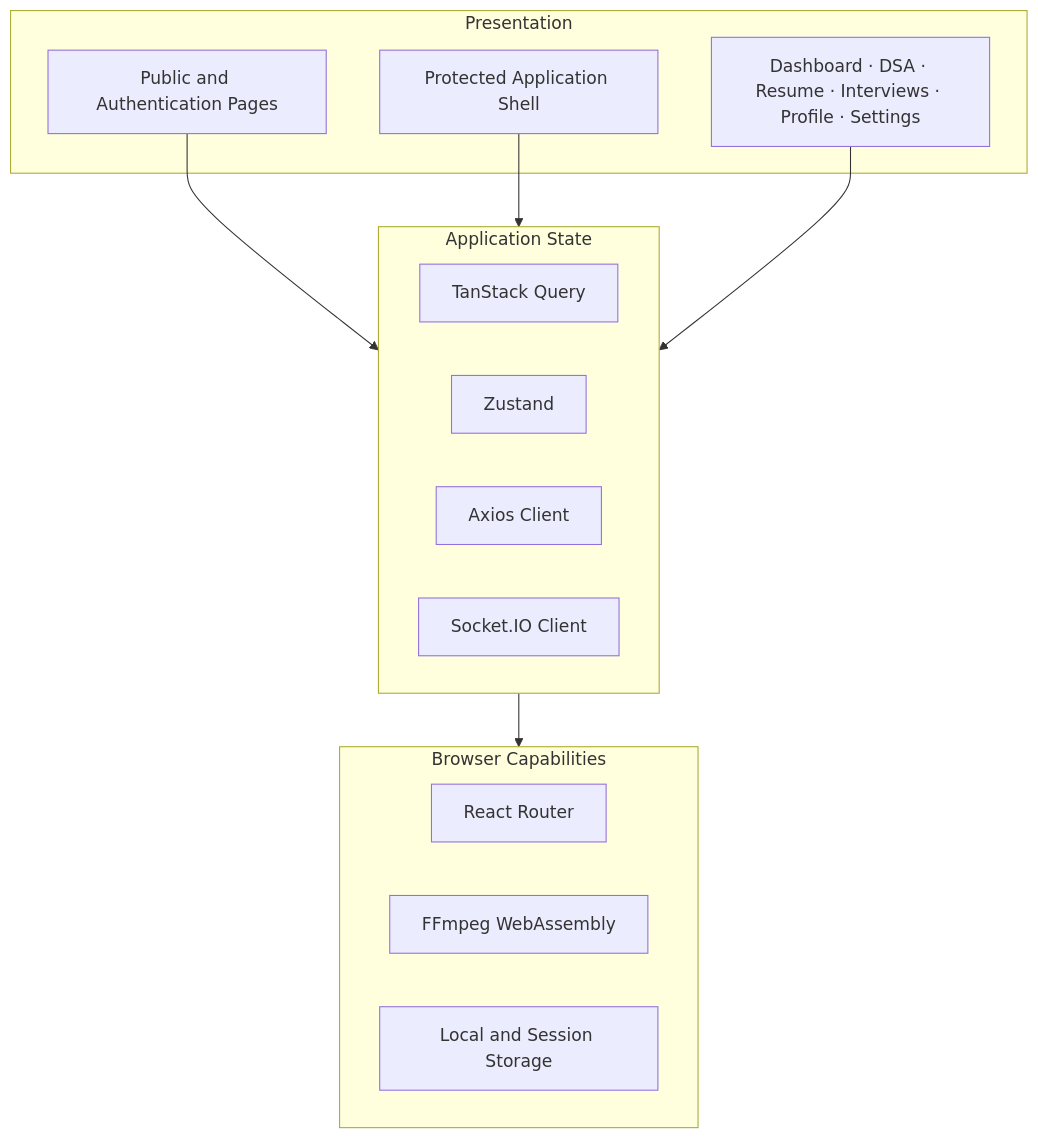
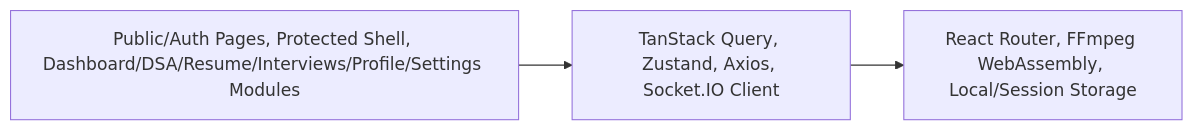
The fifth of 13 diagrams in README.md (aryancodes12-bit/PlacementOS), drawn with Mermaid before and after one commit. The commit also changed other lines of this file, not shown here.

````diff
--- a/README.md
+++ b/README.md
@@ -288,26 +165,5 @@
 ```mermaid
-flowchart TB
-    subgraph PRESENTATION["Presentation"]
-        PUBLIC["Public and Authentication Pages"]
-        SHELL["Protected Application Shell"]
-        MODULES["Dashboard · DSA · Resume · Interviews · Profile · Settings"]
-    end
-
-    subgraph APPLICATION["Application State"]
-        QUERY["TanStack Query"]
-        STORE["Zustand"]
-        API["Axios Client"]
-        SOCKET["Socket.IO Client"]
-    end
-
-    subgraph PLATFORM["Browser Capabilities"]
-        ROUTER["React Router"]
-        MEDIA["FFmpeg WebAssembly"]
-        STORAGE["Local and Session Storage"]
-    end
-
-    PUBLIC --> APPLICATION
-    SHELL --> APPLICATION
-    MODULES --> APPLICATION
-    APPLICATION --> PLATFORM
+flowchart LR
+    PRESENTATION["Public/Auth Pages, Protected Shell, Dashboard/DSA/Resume/Interviews/Profile/Settings Modules"] --> APPLICATION["TanStack Query, Zustand, Axios, Socket.IO Client"]
+    APPLICATION --> PLATFORM["React Router, FFmpeg WebAssembly, Local/Session Storage"]
 ```
````
